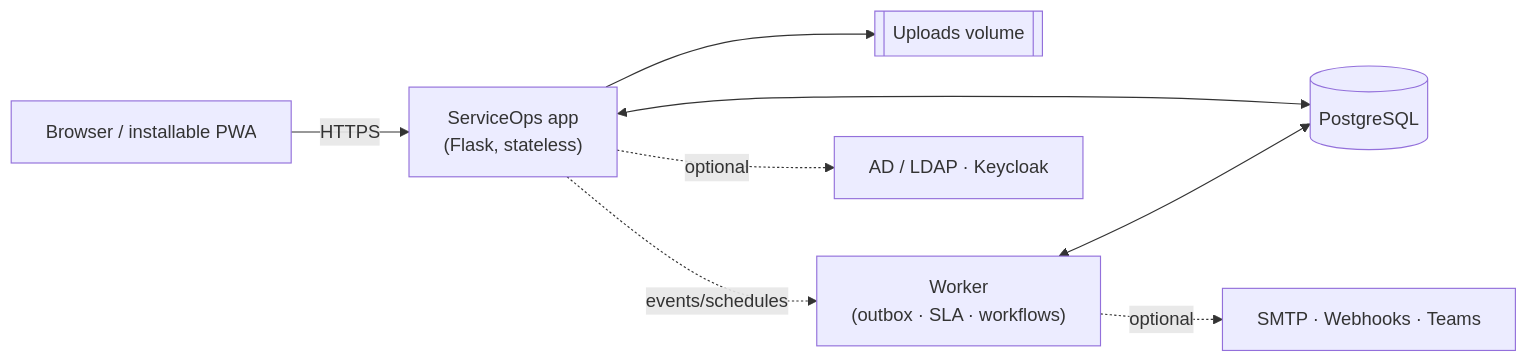
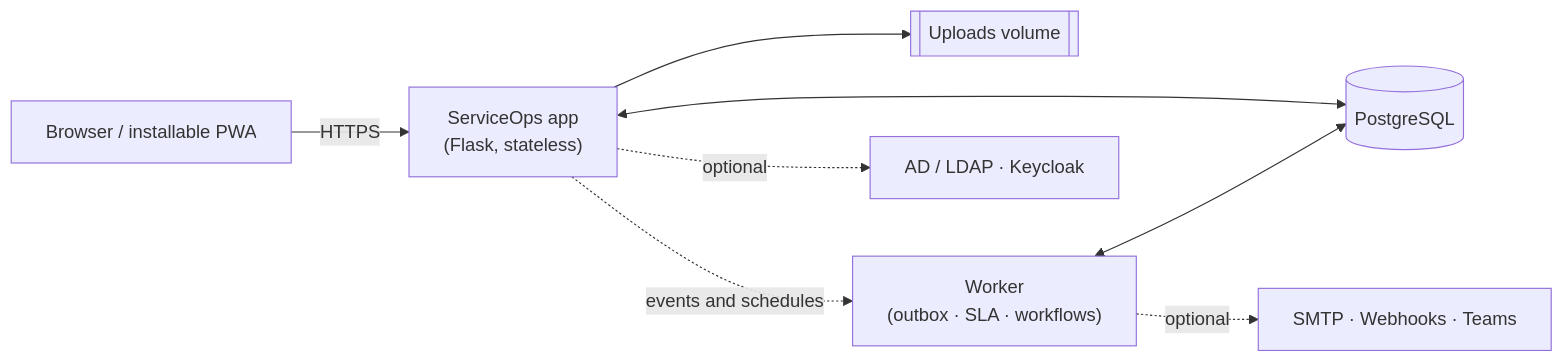
One commit to awijesundara/ServiceOps changed the diagram in README.md. Above: the diagram before and after it, drawn with Mermaid. The commit also changed other lines of this file and 5 other files, not shown here.

````diff
--- a/README.md
+++ b/README.md
@@ -33,10 +267,10 @@
 ```mermaid
 flowchart LR
     U["Browser / installable PWA"] -- HTTPS --> A["ServiceOps app<br/>(Flask, stateless)"]
     A <--> D[("PostgreSQL")]
     A --> S[["Uploads volume"]]
-    A -. events/schedules .-> W["Worker<br/>(outbox · SLA · workflows)"]
+    A -. events and schedules .-> W["Worker<br/>(outbox · SLA · workflows)"]
     W <--> D
     A -. optional .-> ID["AD / LDAP · Keycloak"]
     W -. optional .-> N["SMTP · Webhooks · Teams"]
 ```
````
